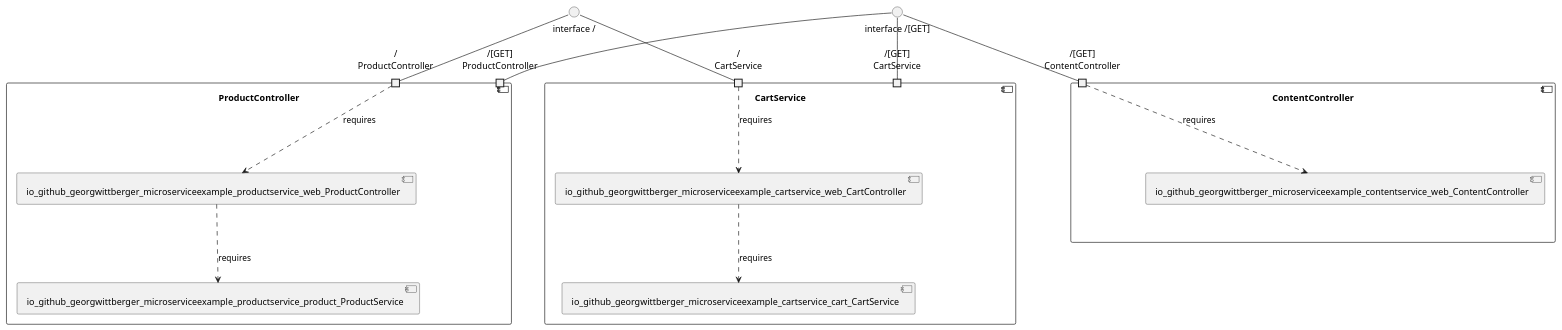
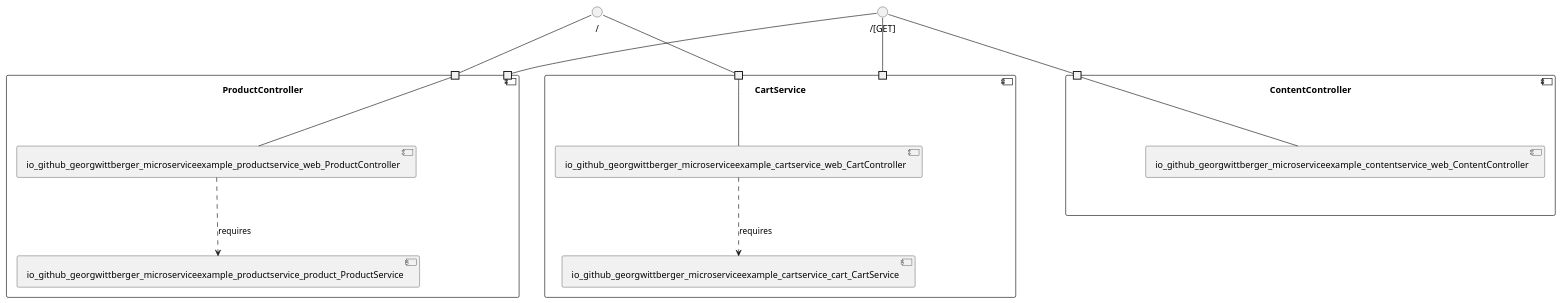
Before and after one commit to View-Based-Reverse-Engineering/Retriever-Benchmark: the diagram in georgwittberger-example/model_re/uml/componentDiagram.puml, drawn with PlantUML. The commit also changed 148 other files, not shown here.

```diff
--- a/georgwittberger-example/model_re/uml/componentDiagram.puml
+++ b/georgwittberger-example/model_re/uml/componentDiagram.puml
@@ -1,30 +1,35 @@
 @startuml
 skinparam fixCircleLabelOverlapping true
 component "CartService\n\n\n\n\n\n" {
+[io_github_georgwittberger_microserviceexample_cartservice_cart_CartService]
 [io_github_georgwittberger_microserviceexample_cartservice_web_CartController]
-[io_github_georgwittberger_microserviceexample_cartservice_cart_CartService]
-portin "/\nCartService"
-portin "/[GET]\nCartService"
+portin " " as CartService.requires._
+portin " " as CartService.requires.__GET_
 [io_github_georgwittberger_microserviceexample_cartservice_web_CartController]..>[io_github_georgwittberger_microserviceexample_cartservice_cart_CartService] : requires
-"/\nCartService"..>[io_github_georgwittberger_microserviceexample_cartservice_web_CartController] : requires
+"CartService.requires._"--[io_github_georgwittberger_microserviceexample_cartservice_web_CartController]
 }
-"interface /[GET]"--"/[GET]\nCartService"
-"interface /"--"/\nCartService"
+interface "/[GET]" as interface.__GET_
+interface.__GET_--"CartService.requires.__GET_"
+interface "/" as interface._
+interface._--"CartService.requires._"
 component "ContentController\n\n\n\n\n\n" {
 [io_github_georgwittberger_microserviceexample_contentservice_web_ContentController]
-portin "/[GET]\nContentController"
-"/[GET]\nContentController"..>[io_github_georgwittberger_microserviceexample_contentservice_web_ContentController] : requires
+portin " " as ContentController.requires.__GET_
+"ContentController.requires.__GET_"--[io_github_georgwittberger_microserviceexample_contentservice_web_ContentController]
 }
-"interface /[GET]"--"/[GET]\nContentController"
+interface "/[GET]" as interface.__GET_
+interface.__GET_--"ContentController.requires.__GET_"
 component "ProductController\n\n\n\n\n\n" {
 [io_github_georgwittberger_microserviceexample_productservice_product_ProductService]
 [io_github_georgwittberger_microserviceexample_productservice_web_ProductController]
-portin "/\nProductController"
-portin "/[GET]\nProductController"
+portin " " as ProductController.requires._
+portin " " as ProductController.requires.__GET_
 [io_github_georgwittberger_microserviceexample_productservice_web_ProductController]..>[io_github_georgwittberger_microserviceexample_productservice_product_ProductService] : requires
-"/\nProductController"..>[io_github_georgwittberger_microserviceexample_productservice_web_ProductController] : requires
+"ProductController.requires._"--[io_github_georgwittberger_microserviceexample_productservice_web_ProductController]
 }
-"interface /"--"/\nProductController"
-"interface /[GET]"--"/[GET]\nProductController"
+interface "/" as interface._
+interface._--"ProductController.requires._"
+interface "/[GET]" as interface.__GET_
+interface.__GET_--"ProductController.requires.__GET_"
 
 @enduml
```
